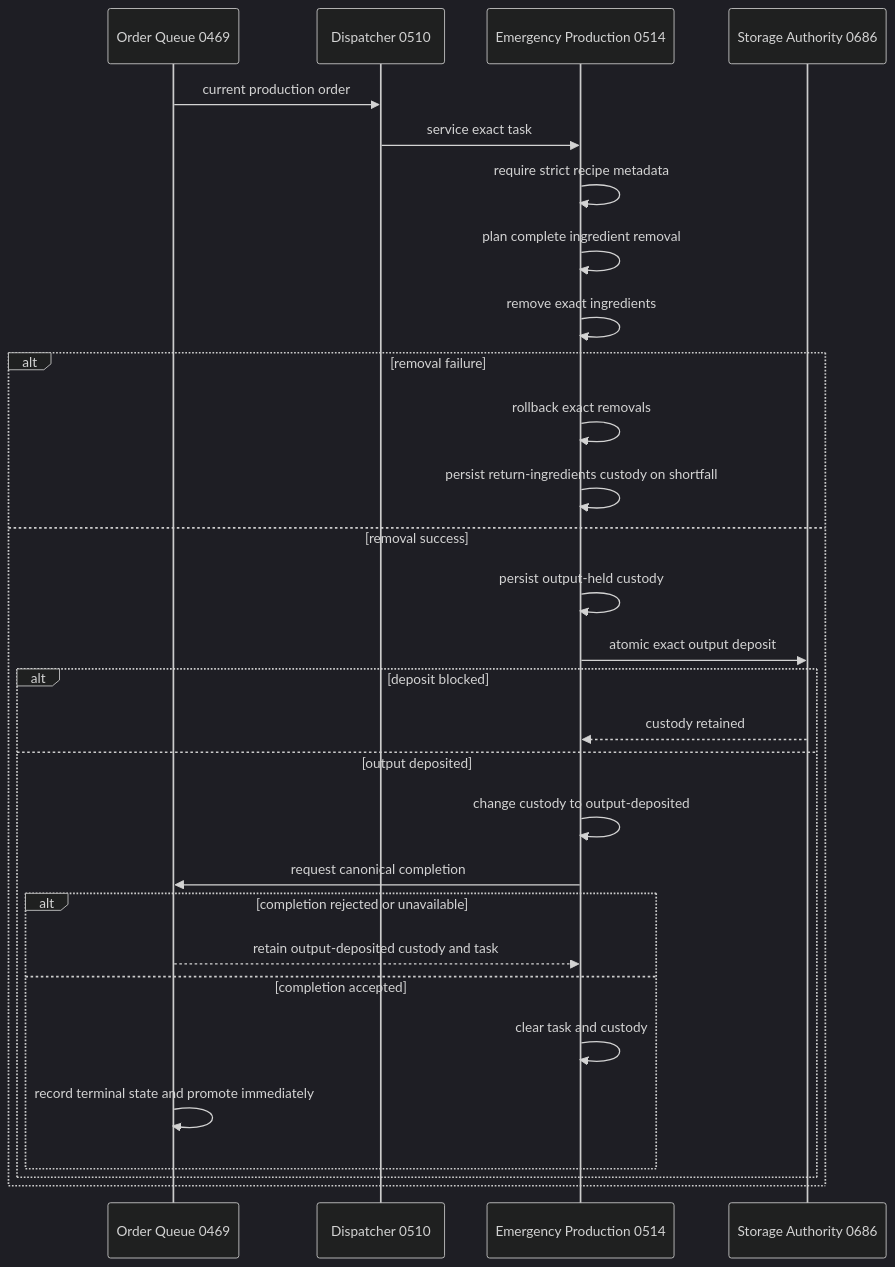
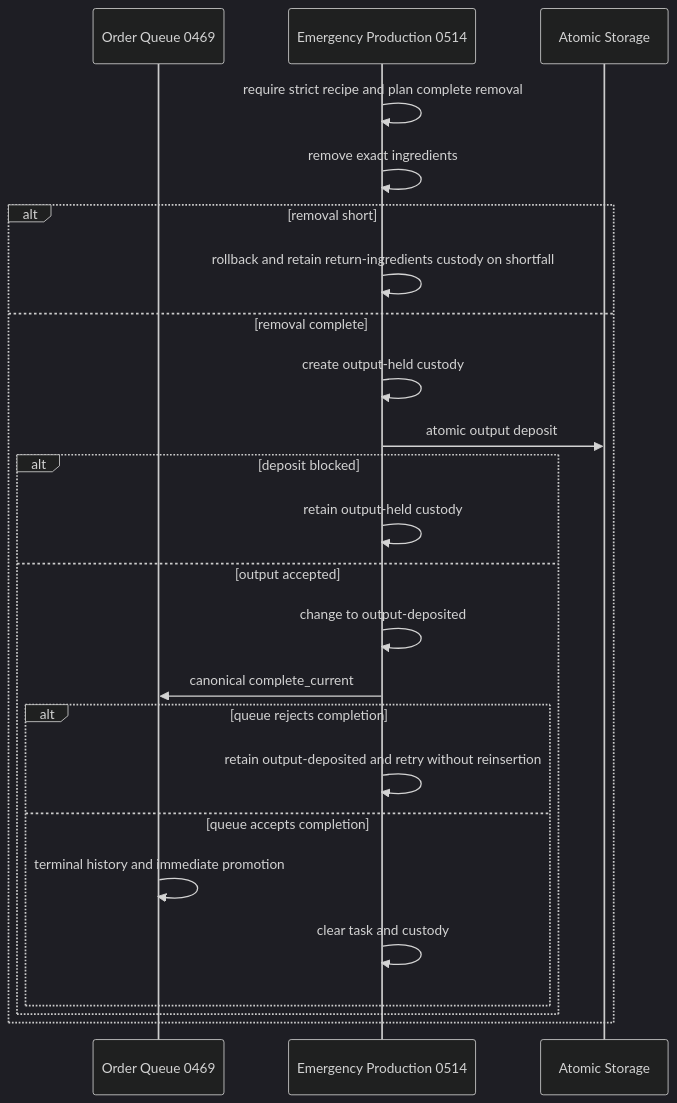
The sixth of 11 diagrams in docs/RECOVERY_AUTHORITY_MAP_CURRENT.md (mrcalzon02/Tech-Priests), drawn with Mermaid (dark theme) before and after one commit. The commit also changed other lines of this file, not shown here.

````diff
--- a/docs/RECOVERY_AUTHORITY_MAP_CURRENT.md
+++ b/docs/RECOVERY_AUTHORITY_MAP_CURRENT.md
@@ -87,32 +128,27 @@
 ```mermaid
 sequenceDiagram
     participant Q as Order Queue 0469
-    participant D as Dispatcher 0510
     participant E as Emergency Production 0514
-    participant S as Storage Authority 0686
+    participant S as Atomic Storage
 
-    Q->>D: current production order
-    D->>E: service exact task
-    E->>E: require strict recipe metadata
-    E->>E: plan complete ingredient removal
+    E->>E: require strict recipe and plan complete removal
     E->>E: remove exact ingredients
-    alt removal failure
-        E->>E: rollback exact removals
-        E->>E: persist return-ingredients custody on shortfall
-    else removal success
-        E->>E: persist output-held custody
-        E->>S: atomic exact output deposit
+    alt removal short
+        E->>E: rollback and retain return-ingredients custody on shortfall
+    else removal complete
+        E->>E: create output-held custody
+        E->>S: atomic output deposit
         alt deposit blocked
-            S-->>E: custody retained
-        else output deposited
-            E->>E: change custody to output-deposited
-            E->>Q: request canonical completion
-            alt completion rejected or unavailable
-                Q-->>E: retain output-deposited custody and task
-            else completion accepted
+            E->>E: retain output-held custody
+        else output accepted
+            E->>E: change to output-deposited
+            E->>Q: canonical complete_current
+            alt queue rejects completion
+                E->>E: retain output-deposited and retry without reinsertion
+            else queue accepts completion
+                Q->>Q: terminal history and immediate promotion
                 E->>E: clear task and custody
-                Q->>Q: record terminal state and promote immediately
             end
         end
     end
 ```
````
